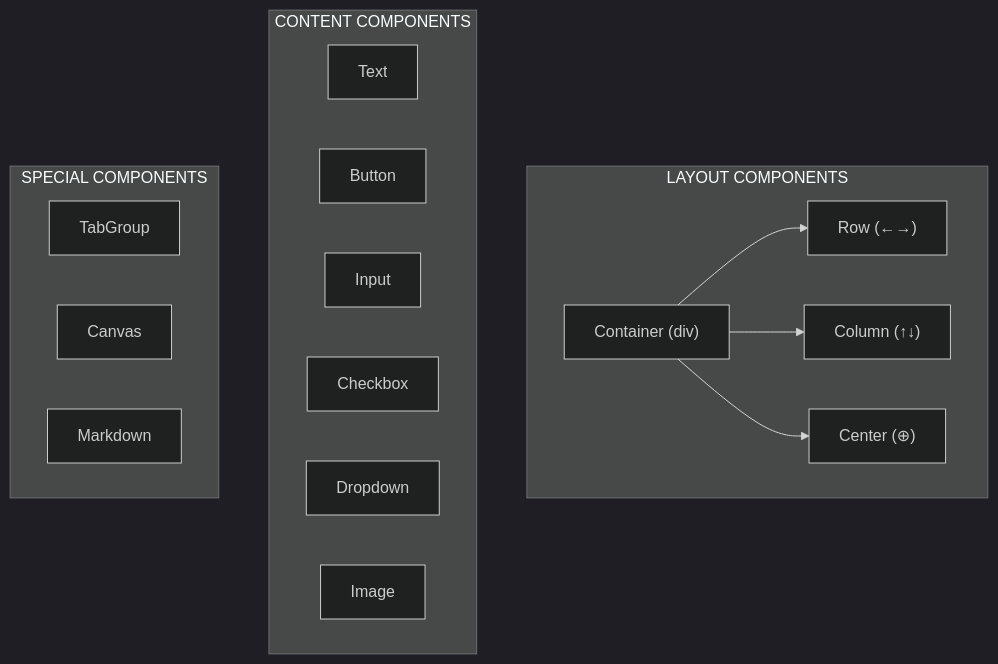
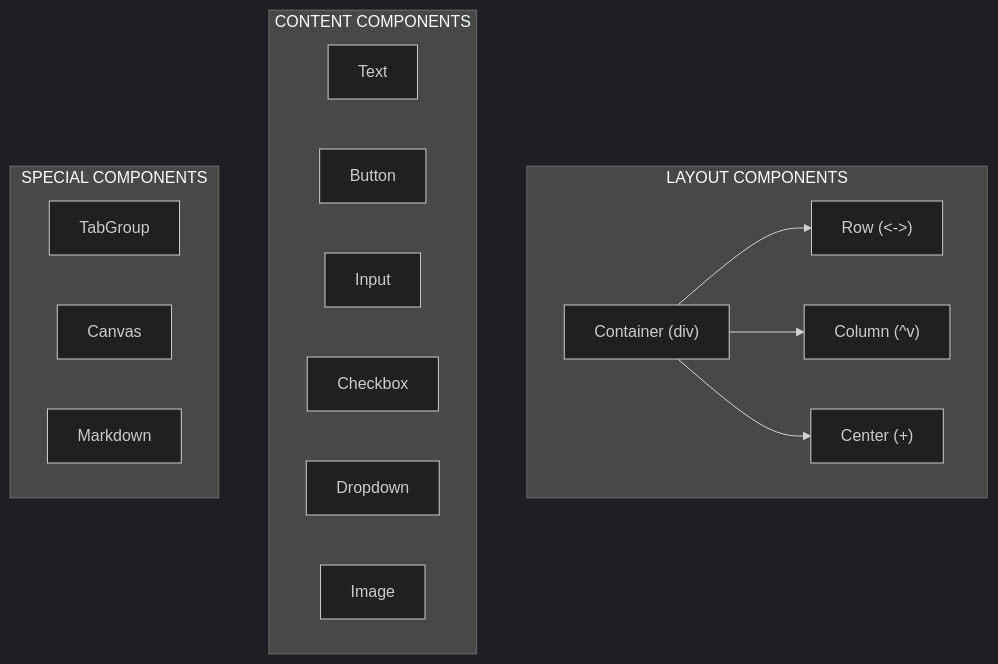
One commit to kryonlabs/website changed the fourth of 4 diagrams in docs/architecture.md. Above: the diagram before and after it, drawn with Mermaid (dark theme). The commit also changed other lines of this file and 17 other files, not shown here.

````diff
--- a/docs/architecture.md
+++ b/docs/architecture.md
@@ -143,24 +157,24 @@
 ```mermaid
 flowchart TB
     subgraph Layout["LAYOUT COMPONENTS"]
         Container["Container (div)"]
-        Container --> Row["Row (←→)"]
-        Container --> Column["Column (↑↓)"]
-        Container --> Center["Center (⊕)"]
+        Container --> Row["Row (<->)"]
+        Container --> Column["Column (^v)"]
+        Container --> Center["Center (+)"]
     end
 
     subgraph Content["CONTENT COMPONENTS"]
         Text["Text"]
         Button["Button"]
         Input["Input"]
         Checkbox["Checkbox"]
         Dropdown["Dropdown"]
         Image["Image"]
     end
 
     subgraph Special["SPECIAL COMPONENTS"]
         TabGroup["TabGroup"]
         Canvas["Canvas"]
         Markdown["Markdown"]
     end
 ```
````
